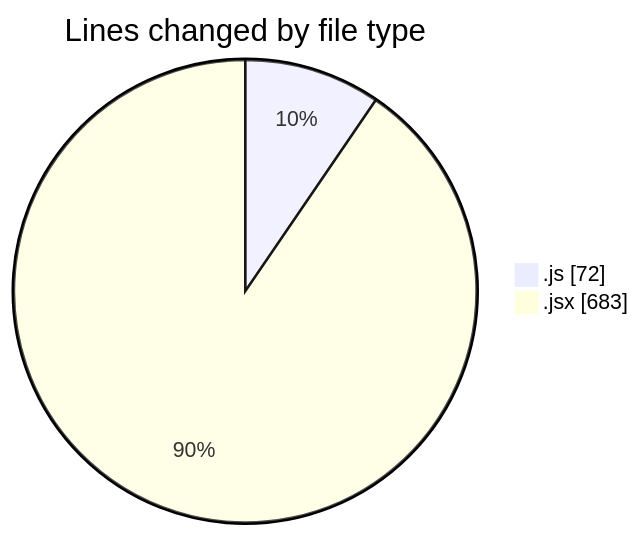
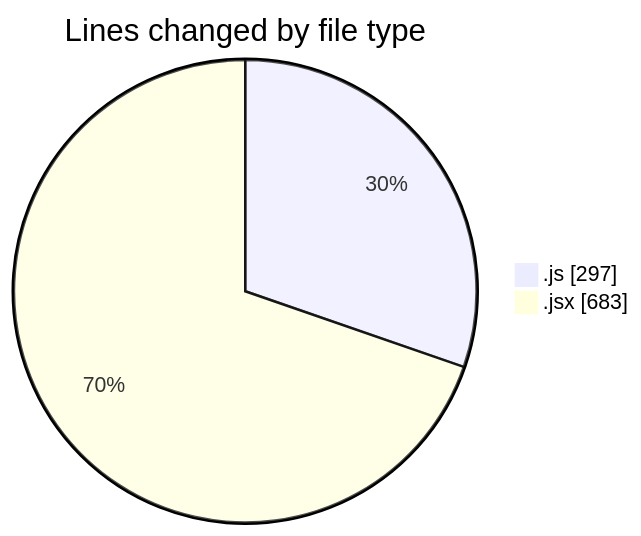
One commit to nxtqubesakshisongat/code-tracking changed the first of 2 diagrams in 2025-08-21/nxtqube_webapp/README.md. Above: the diagram before and after it, drawn with Mermaid. The commit also changed other lines of this file and 1 other file, not shown here.

````diff
--- a/2025-08-21/nxtqube_webapp/README.md
+++ b/2025-08-21/nxtqube_webapp/README.md
@@ -21,6 +22,6 @@
 ```mermaid
 pie showData
 title Lines changed by file type
-".js" : 72
+".js" : 297
 ".jsx" : 683
 ```
````
